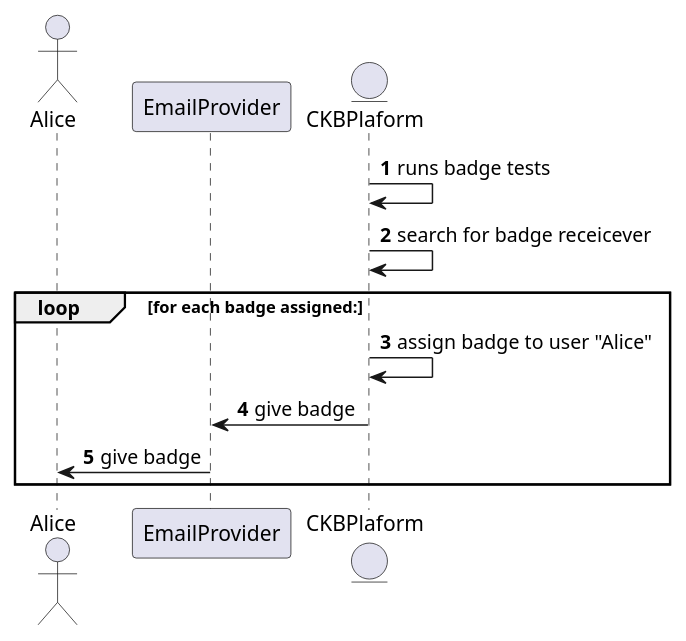
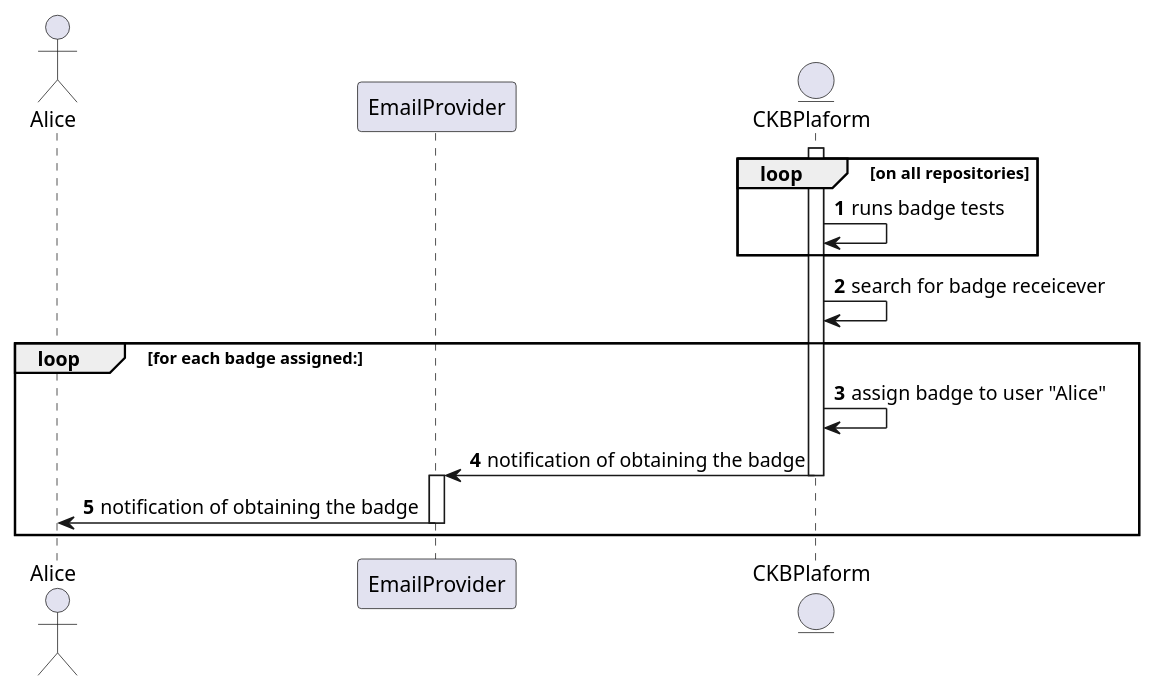
The diagram in _RASD/Images/UML/sequenceDiagram/sequenceDiagramUC8.wsd (Angelo7672/SE2_Requirement-and-Design-Document), drawn with PlantUML before and after one commit. The commit also changed 24 other files, not shown here.

Commit message:
sequence diagram fix

```diff
--- a/_RASD/Images/UML/sequenceDiagram/sequenceDiagramUC8.wsd
+++ b/_RASD/Images/UML/sequenceDiagram/sequenceDiagramUC8.wsd
@@ -1,18 +1,26 @@
 @startuml
 
 autonumber
 
 actor Alice
 participant EmailProvider as Email
 entity CKBPlaform as Platform
 
-Platform -> Platform: runs badge tests
-Platform -> Platform: search for badge receicever
+activate Platform
+
+loop on all repositories
+    Platform -> Platform: runs badge tests
+end
+
+    Platform -> Platform: search for badge receicever
 
 loop for each badge assigned:
     Platform -> Platform: assign badge to user "Alice"
-    Platform -> Email: give badge
-    Email -> Alice: give badge
+    Platform -> Email: notification of obtaining the badge
+    deactivate Platform
+    activate Email
+    Email -> Alice: notification of obtaining the badge
+    deactivate Email
 end
 
 @enduml
```
